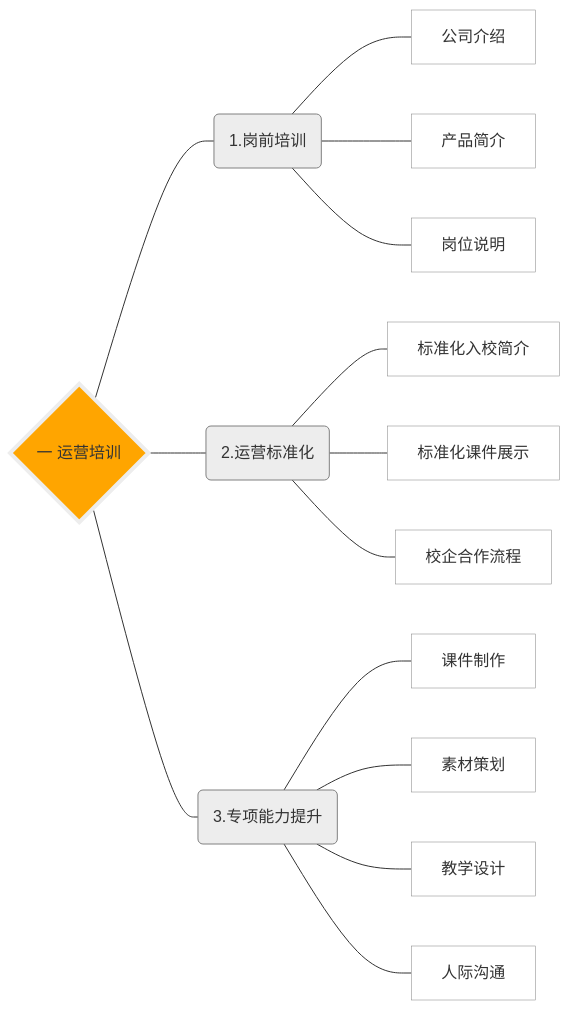
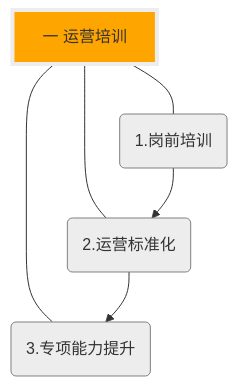
Before and after one commit to Xiyue-team/doc_op: the diagram in index.md, drawn with Mermaid.

````diff
--- a/index.md
+++ b/index.md
@@ -6,30 +6,13 @@
 ```mermaid
-graph LR
-    A{一 运营培训} --- a( 1.岗前培训 ) 
+graph TD
+    A["一 运营培训"]
+    A---B(1.岗前培训)
+    A---C(2.运营标准化);
+    A---D(3.专项能力提升);
+    B-->C;
+    C-->D
     style A fill:orange,stroke:#EDEDED,stroke-width:4px
-    style a fill:#EDEDED,stroke:gray,stroke-width:1px
-    a---1[公司介绍] ;
-    style 1 fill:white,stroke:gray,stroke-width:0.5px
-    a---2[产品简介] ;
-    style 2 fill:white,stroke:gray,stroke-width:0.5px
-    a---3[岗位说明] ;
-    style 3 fill:white,stroke:gray,stroke-width:0.5px
-    A --- b( 2.运营标准化 )
-    style b fill:#EDEDED,stroke:gray,stroke-width:1px
-    b---4[标准化入校简介] ;
-    style 4 fill:white,stroke:gray,stroke-width:0.5px 
-    b---5[标准化课件展示] ;
-    style 5 fill:white,stroke:gray,stroke-width:0.5px 
-    b---6[校企合作流程] ;
-    style 6 fill:white,stroke:gray,stroke-width:0.5px 
-    A --- c( 3.专项能力提升 )
-    style c fill:#EDEDED,stroke:gray,stroke-width:1px
-    c---7[课件制作] ;
-    style 7 fill:white,stroke:gray,stroke-width:0.5px 
-    c---8[素材策划] ;
-    style 8 fill:white,stroke:gray,stroke-width:0.5px 
-    c---9[教学设计] ;
-    style 9 fill:white,stroke:gray,stroke-width:0.5px 
-    c---10[人际沟通] ;
-    style 10 fill:white,stroke:gray,stroke-width:0.5px    
+    style B fill:#EDEDED,stroke:gray,stroke-width:1px
+    style C fill:#EDEDED,stroke:gray,stroke-width:1px
+    style D fill:#EDEDED,stroke:gray,stroke-width:1px
 ```
````
